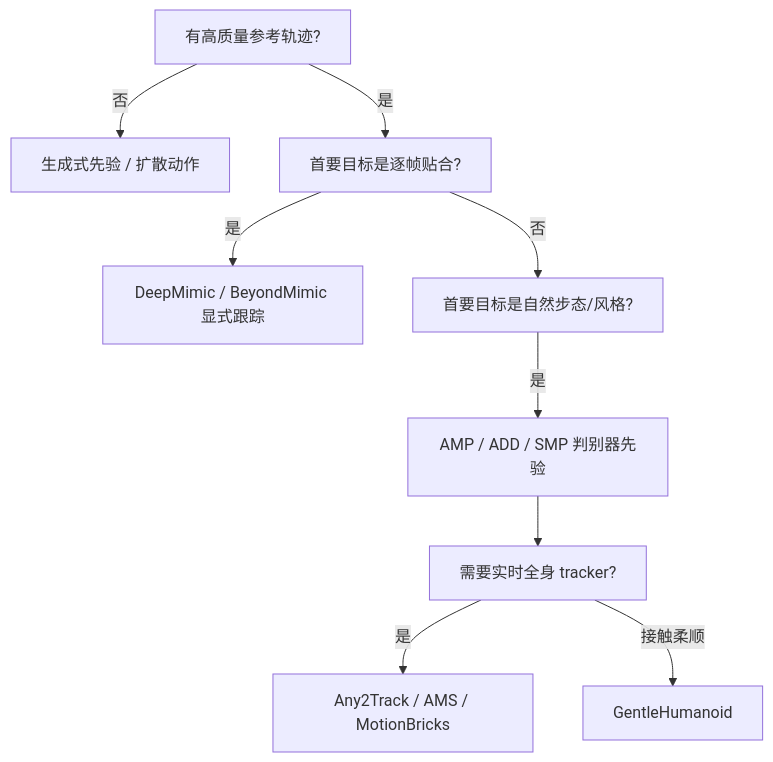
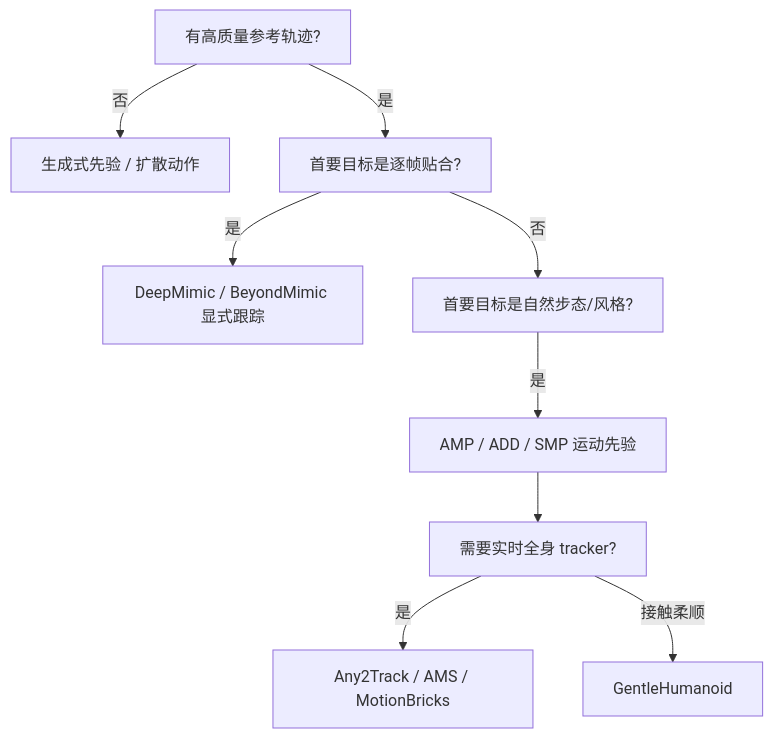
The diagram in wiki/queries/humanoid-motion-tracking-method-selection.md (ImChong/Robotics_Notebooks), drawn with Mermaid before and after one commit. The commit also changed other lines of this file and 15 other files, not shown here.

First line of the commit message:
[2026-05-27] query | wiki/queries/humanoid-motion-tracking-method-selection.md — 对照 sources/papers/smp.md（5/27 扩写版）review：纠正 mermaid 将 SMP 标为「判别器先验」（SMP 为评分匹配，非判别器）；section 2 增补 SMP 选型轴（冻结扩散 + 可丢 MoCap vs AMP 同采样量 wall-clock ~1.8×）；frontmatter 加 smp.md 源、bump updated；同步派生文件

````diff
--- a/wiki/queries/humanoid-motion-tracking-method-selection.md
+++ b/wiki/queries/humanoid-motion-tracking-method-selection.md
@@ -24,11 +25,11 @@
 ```mermaid
 flowchart TD
   A[有高质量参考轨迹?] -->|否| B[生成式先验 / 扩散动作]
   A -->|是| C[首要目标是逐帧贴合?]
   C -->|是| D[DeepMimic / BeyondMimic 显式跟踪]
   C -->|否| E[首要目标是自然步态/风格?]
-  E -->|是| F[AMP / ADD / SMP 判别器先验]
+  E -->|是| F[AMP / ADD / SMP 运动先验]
   F --> G[需要实时全身 tracker?]
   G -->|是| H[Any2Track / AMS / MotionBricks]
   G -->|接触柔顺| I[GentleHumanoid]
 ```
````
